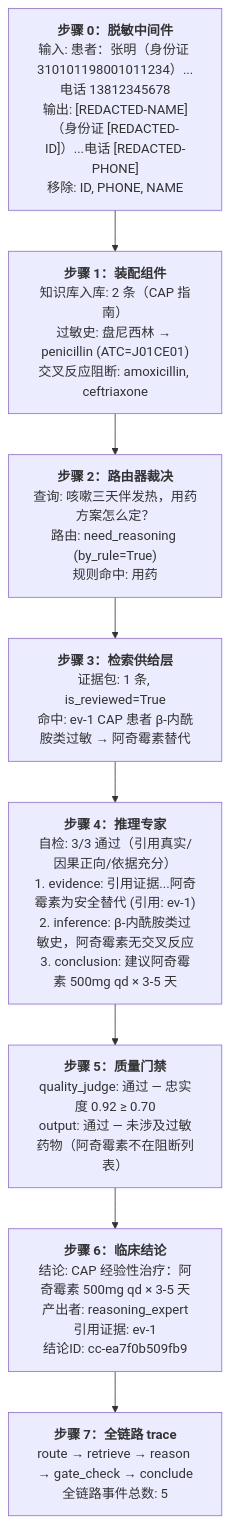
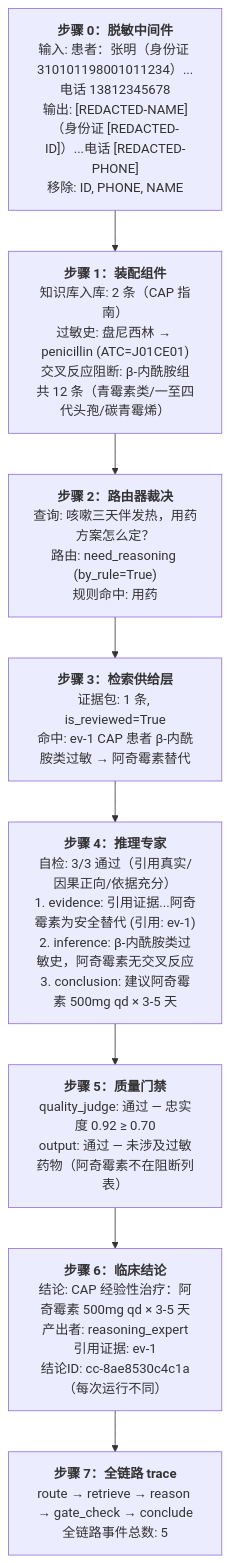
The second of 4 diagrams in README.md (bobsmith513/harness-medical-agent), drawn with Mermaid before and after one commit. The commit also changed other lines of this file and 27 other files, not shown here.

````diff
--- a/README.md
+++ b/README.md
@@ -235,13 +235,13 @@
 ```mermaid
 flowchart TD
     A["<b>步骤 0：脱敏中间件</b><br/>输入: 患者：张明（身份证 310101198001011234）...电话 13812345678<br/>输出: [REDACTED-NAME]（身份证 [REDACTED-ID]）...电话 [REDACTED-PHONE]<br/>移除: ID, PHONE, NAME"]
-    B["<b>步骤 1：装配组件</b><br/>知识库入库: 2 条（CAP 指南）<br/>过敏史: 盘尼西林 → penicillin (ATC=J01CE01)<br/>交叉反应阻断: amoxicillin, ceftriaxone"]
+    B["<b>步骤 1：装配组件</b><br/>知识库入库: 2 条（CAP 指南）<br/>过敏史: 盘尼西林 → penicillin (ATC=J01CE01)<br/>交叉反应阻断: β-内酰胺组共 12 条（青霉素类/一至四代头孢/碳青霉烯）"]
     C["<b>步骤 2：路由器裁决</b><br/>查询: 咳嗽三天伴发热，用药方案怎么定？<br/>路由: need_reasoning (by_rule=True)<br/>规则命中: 用药"]
     D["<b>步骤 3：检索供给层</b><br/>证据包: 1 条, is_reviewed=True<br/>命中: ev-1 CAP 患者 β-内酰胺类过敏 → 阿奇霉素替代"]
     E["<b>步骤 4：推理专家</b><br/>自检: 3/3 通过（引用真实/因果正向/依据充分）<br/>1. evidence: 引用证据...阿奇霉素为安全替代 (引用: ev-1)<br/>2. inference: β-内酰胺类过敏史，阿奇霉素无交叉反应<br/>3. conclusion: 建议阿奇霉素 500mg qd × 3-5 天"]
     F["<b>步骤 5：质量门禁</b><br/>quality_judge: 通过 — 忠实度 0.92 ≥ 0.70<br/>output: 通过 — 未涉及过敏药物（阿奇霉素不在阻断列表）"]
-    G["<b>步骤 6：临床结论</b><br/>结论: CAP 经验性治疗：阿奇霉素 500mg qd × 3-5 天<br/>产出者: reasoning_expert<br/>引用证据: ev-1<br/>结论ID: cc-ea7f0b509fb9"]
+    G["<b>步骤 6：临床结论</b><br/>结论: CAP 经验性治疗：阿奇霉素 500mg qd × 3-5 天<br/>产出者: reasoning_expert<br/>引用证据: ev-1<br/>结论ID: cc-8ae8530c4c1a（每次运行不同）"]
     H["<b>步骤 7：全链路 trace</b><br/>route → retrieve → reason → gate_check → conclude<br/>全链路事件总数: 5"]
 
     A --> B --> C --> D --> E --> F --> G --> H
 ```
````
